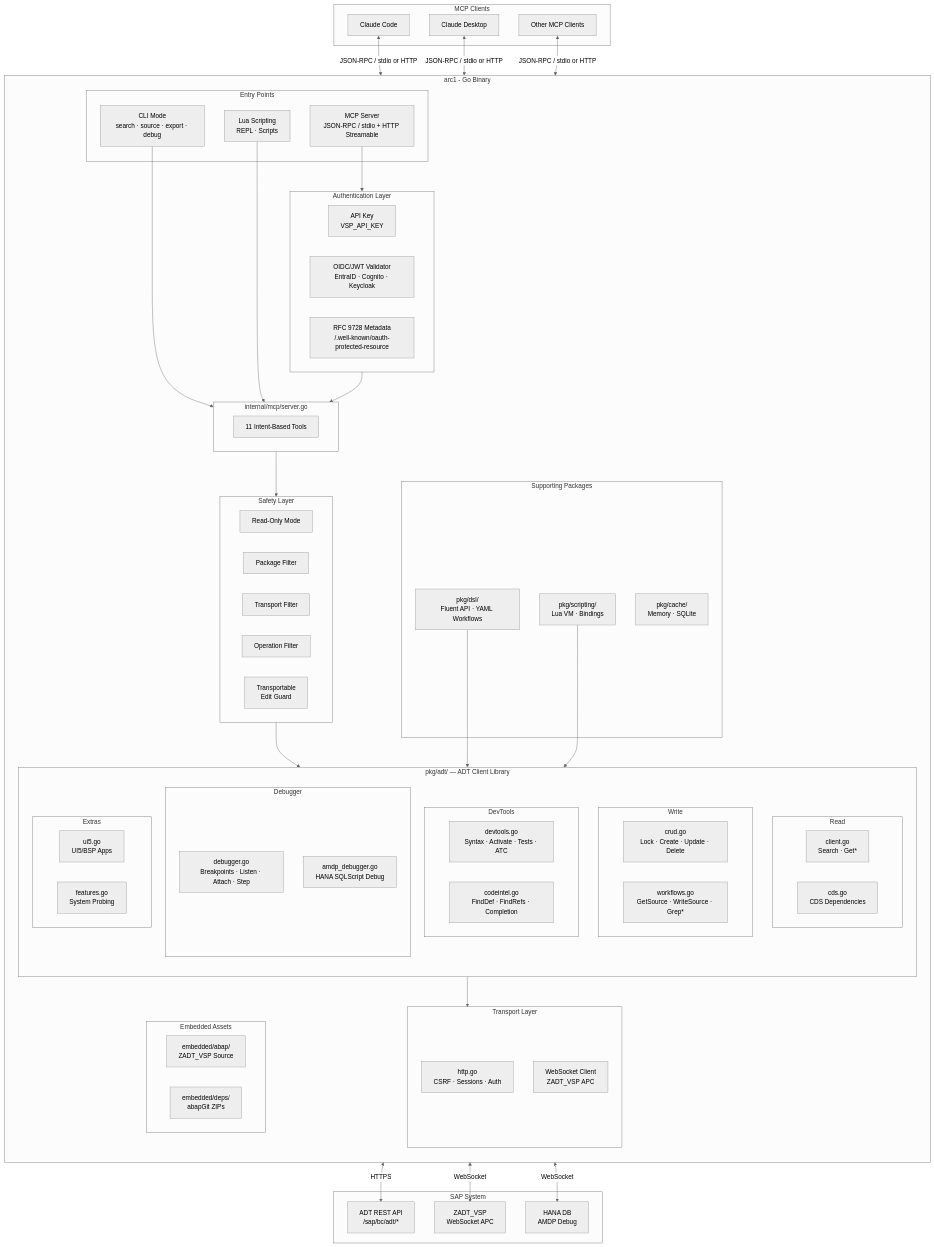
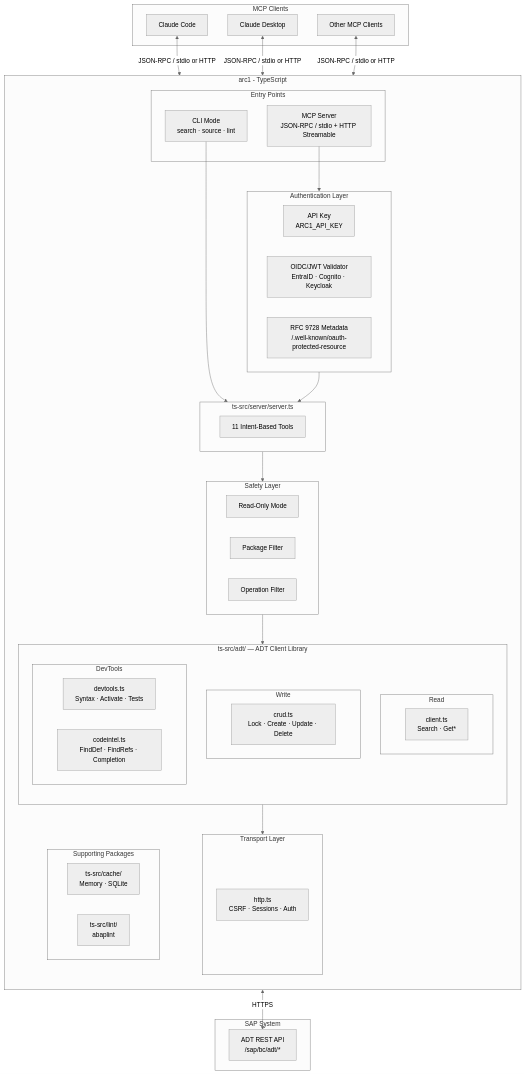
The first of 7 diagrams in docs/architecture.md (marianfoo/arc-1), drawn with Mermaid (neutral theme) before and after one commit. The commit also changed other lines of this file and 26 other files, not shown here.

First line of the commit message:
docs: update all documentation from Go/vsp to TypeScript/ARC-1

````diff
--- a/docs/architecture.md
+++ b/docs/architecture.md
@@ -10,22 +10,21 @@
         Other[Other MCP Clients]
     end
 
-    subgraph VSP["arc1 - Go Binary"]
+    subgraph ARC1["arc1 - TypeScript"]
         direction TB
 
         subgraph Entry["Entry Points"]
             MCP[MCP Server<br/>JSON-RPC / stdio + HTTP Streamable]
-            CLI[CLI Mode<br/>search · source · export · debug]
-            LUA[Lua Scripting<br/>REPL · Scripts]
+            CLI[CLI Mode<br/>search · source · lint]
         end
 
         subgraph Auth["Authentication Layer"]
-            APIKEY[API Key<br/>VSP_API_KEY]
+            APIKEY[API Key<br/>ARC1_API_KEY]
             OIDC[OIDC/JWT Validator<br/>EntraID · Cognito · Keycloak]
             PRM[RFC 9728 Metadata<br/>/.well-known/oauth-protected-resource]
         end
 
-        subgraph Core["internal/mcp/server.go"]
+        subgraph Core["ts-src/server/server.ts"]
             direction LR
             Tools[11 Intent-Based Tools]
         end
@@ -33,69 +32,43 @@
         subgraph Safety["Safety Layer"]
             RO[Read-Only Mode]
             PF[Package Filter]
-            TF[Transport Filter]
             OF[Operation Filter]
-            TE[Transportable<br/>Edit Guard]
         end
 
-        subgraph ADTLib["pkg/adt/ — ADT Client Library"]
+        subgraph ADTLib["ts-src/adt/ — ADT Client Library"]
             direction TB
             subgraph Read["Read"]
-                client[client.go<br/>Search · Get*]
-                cds[cds.go<br/>CDS Dependencies]
+                client[client.ts<br/>Search · Get*]
             end
             subgraph Write["Write"]
-                crud[crud.go<br/>Lock · Create · Update · Delete]
-                workflows[workflows.go<br/>GetSource · WriteSource · Grep*]
+                crud[crud.ts<br/>Lock · Create · Update · Delete]
             end
             subgraph DevTools["DevTools"]
-                devtools[devtools.go<br/>Syntax · Activate · Tests · ATC]
-                codeintel[codeintel.go<br/>FindDef · FindRefs · Completion]
-            end
-            subgraph Debug["Debugger"]
-                dbg[debugger.go<br/>Breakpoints · Listen · Attach · Step]
-                amdp[amdp_debugger.go<br/>HANA SQLScript Debug]
-            end
-            subgraph Extras["Extras"]
-                ui5[ui5.go<br/>UI5/BSP Apps]
-                features[features.go<br/>System Probing]
+                devtools[devtools.ts<br/>Syntax · Activate · Tests]
+                codeintel[codeintel.ts<br/>FindDef · FindRefs · Completion]
             end
         end
 
-        subgraph Transport["Transport Layer"]
-            HTTP[http.go<br/>CSRF · Sessions · Auth]
-            WS[WebSocket Client<br/>ZADT_VSP APC]
+        subgraph TransportLayer["Transport Layer"]
+            HTTP[http.ts<br/>CSRF · Sessions · Auth]
         end
 
         subgraph Packages["Supporting Packages"]
-            DSL[pkg/dsl/<br/>Fluent API · YAML Workflows]
-            Cache[pkg/cache/<br/>Memory · SQLite]
-            Script[pkg/scripting/<br/>Lua VM · Bindings]
-        end
-
-        subgraph Embedded["Embedded Assets"]
-            ABAP[embedded/abap/<br/>ZADT_VSP Source]
-            Deps[embedded/deps/<br/>abapGit ZIPs]
+            Cache[ts-src/cache/<br/>Memory · SQLite]
+            Lint[ts-src/lint/<br/>abaplint]
         end
     end
 
     subgraph SAP["SAP System"]
         ADT[ADT REST API<br/>/sap/bc/adt/*]
-        APC[ZADT_VSP<br/>WebSocket APC]
-        HANA[HANA DB<br/>AMDP Debug]
     end
 
     CC & CD & Other <-->|"JSON-RPC / stdio or HTTP"| MCP
     CLI --> Core
-    LUA --> Core
     MCP --> Auth
     Auth --> Core
     Core --> Safety
     Safety --> ADTLib
-    ADTLib --> Transport
+    ADTLib --> TransportLayer
     HTTP <-->|HTTPS| ADT
-    WS <-->|WebSocket| APC
-    amdp <-->|WebSocket| HANA
-    DSL --> ADTLib
-    Script --> ADTLib
 ```
````
